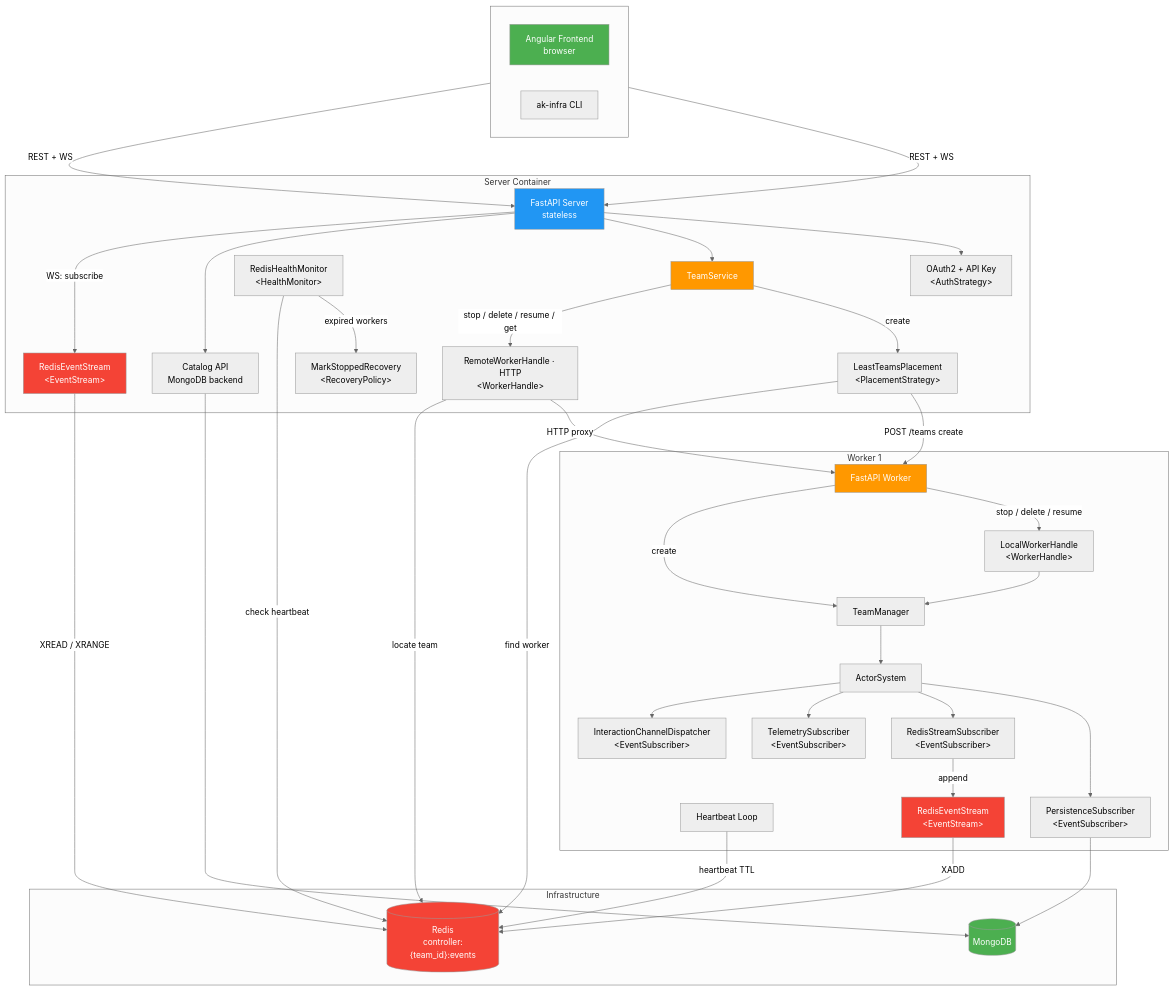
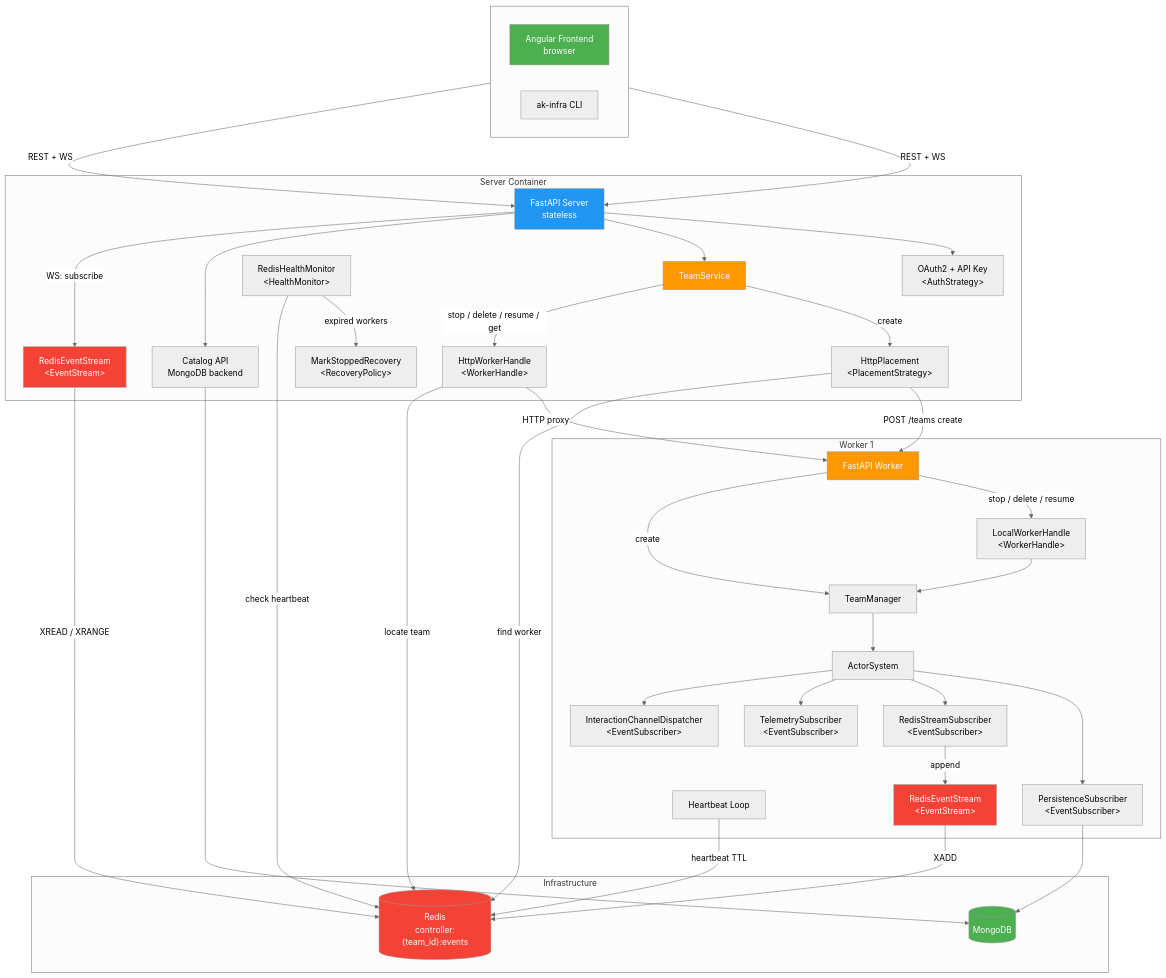
The second of 3 diagrams in README.md (b12consulting/akgentic), drawn with Mermaid (neutral theme) before and after one commit. The commit also changed other lines of this file and 53 other files, not shown here.

```diff
--- a/README.md
+++ b/README.md
@@ -99,10 +99,10 @@
         SRV[FastAPI Server<br/>stateless]
         SVC_S[TeamService]
         AUTH["OAuth2 + API Key<br/>&lt;AuthStrategy&gt;"]
-        PS_SRV["LeastTeamsPlacement<br/>&lt;PlacementStrategy&gt;"]
+        PS_SRV["HttpPlacement<br/>&lt;PlacementStrategy&gt;"]
         HM["RedisHealthMonitor<br/>&lt;HealthMonitor&gt;"]
         RP["MarkStoppedRecovery<br/>&lt;RecoveryPolicy&gt;"]
-        RWH["RemoteWorkerHandle · HTTP<br/>&lt;WorkerHandle&gt;"]
+        RWH["HttpWorkerHandle<br/>&lt;WorkerHandle&gt;"]
         RES_R["RedisEventStream<br/>&lt;EventStream&gt;"]
         CAT[Catalog API<br/>MongoDB backend]
     end
```
